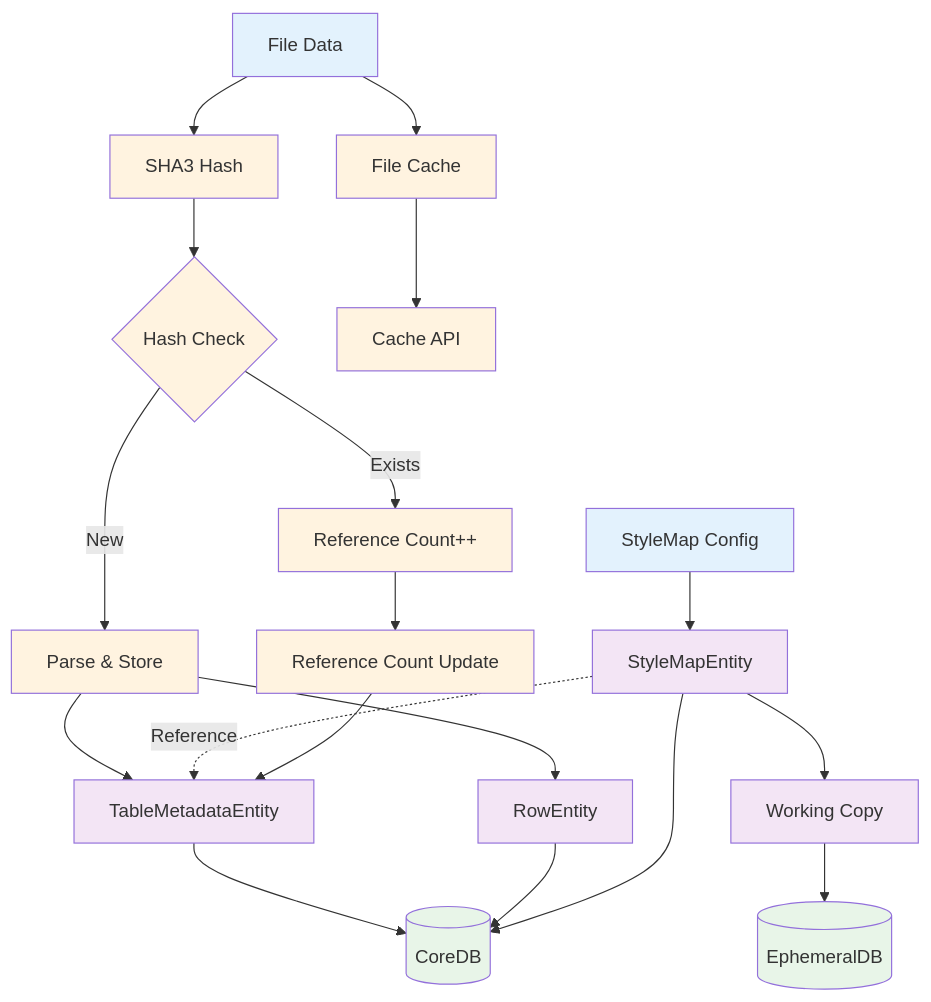
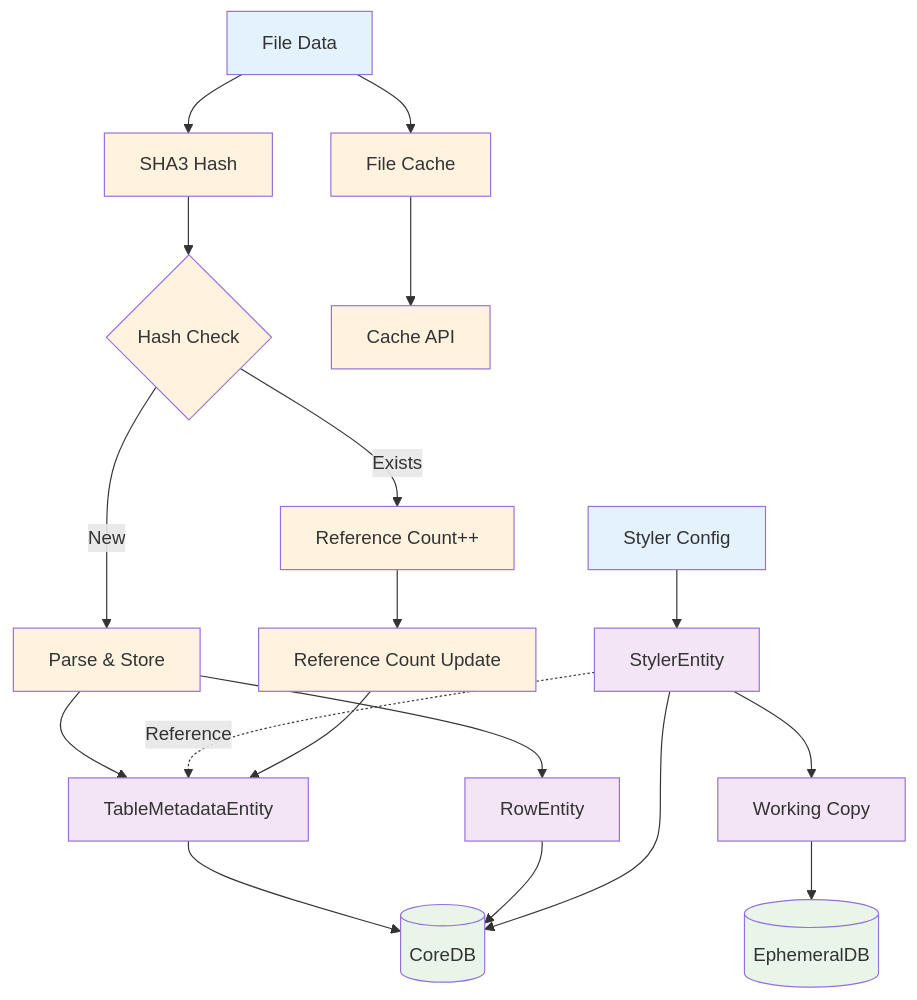
The fifth of 10 diagrams in docs/deprecated/REPORT/design/plugin-stylemap/dataflow.md (kubohiroya/hierarchidb), drawn with Mermaid before and after one commit. The commit also changed other lines of this file and 267 other files, not shown here.

````diff
--- a/docs/deprecated/REPORT/design/plugin-stylemap/dataflow.md
+++ b/docs/deprecated/REPORT/design/plugin-stylemap/dataflow.md
@@ -216,43 +216,43 @@
 ```mermaid
 flowchart TD
     %% Data Input
     FD[File Data] --> SHA[SHA3 Hash]
     SHA --> HC{Hash Check}
     
     %% Deduplication Logic
     HC -->|Exists| RC[Reference Count++]
     HC -->|New| PS[Parse & Store]
     
     %% Storage Layers
     PS --> TME[TableMetadataEntity]
     PS --> RE[RowEntity]
     TME --> CDB[(CoreDB)]
     RE --> CDB
     
-    %% StyleMap Entity
-    SMC[StyleMap Config] --> SME[StyleMapEntity]
+    %% Styler Entity
+    SMC[Styler Config] --> SME[StylerEntity]
     SME --> CDB
     SME -.->|Reference| TME
     
     %% Working Copy Management
     SME --> WC[Working Copy]
     WC --> EDB[(EphemeralDB)]
     
     %% Cache Management
     FD --> FC[File Cache]
     FC --> CA[Cache API]
     
     %% Reference Management
     RC --> RCU[Reference Count Update]
     RCU --> TME
     
     classDef input fill:#e3f2fd
     classDef entity fill:#f3e5f5
     classDef storage fill:#e8f5e8
     classDef cache fill:#fff3e0
     
     class FD,SMC input
     class TME,RE,SME,WC entity
     class CDB,EDB storage
     class SHA,HC,PS,FC,CA,RC,RCU cache
 ```
````
